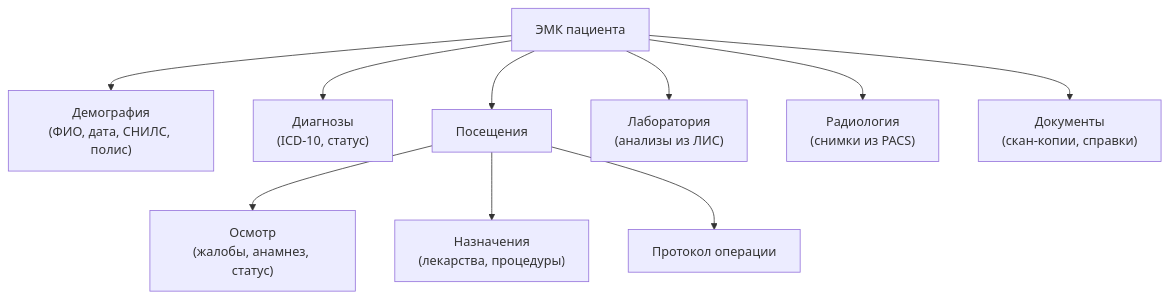
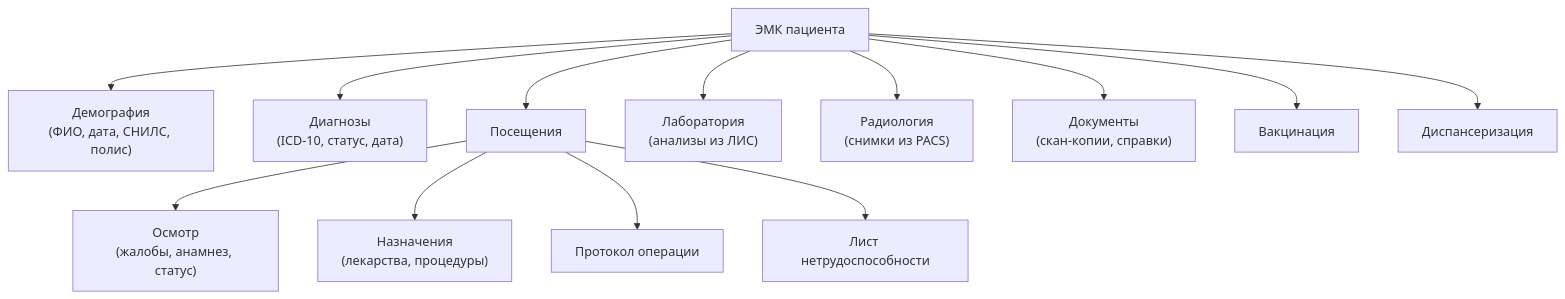
Before and after one commit to sergeyodnoval-bot/sysanalyst-kb.github.io: the first of 3 diagrams in docs/specialization/medtech-emk.md, drawn with Mermaid. The commit also changed other lines of this file and 13 other files, not shown here.

````diff
--- a/docs/specialization/medtech-emk.md
+++ b/docs/specialization/medtech-emk.md
@@ -22,13 +45,16 @@
 ```mermaid
 flowchart TD
     EMR["ЭМК пациента"]
     EMR --> DEMO["Демография<br/>(ФИО, дата, СНИЛС, полис)"]
-    EMR --> DIAG["Диагнозы<br/>(ICD-10, статус)"]
+    EMR --> DIAG["Диагнозы<br/>(ICD-10, статус, дата)"]
     EMR --> VISIT["Посещения"]
     VISIT --> V1["Осмотр<br/>(жалобы, анамнез, статус)"]
     VISIT --> V2["Назначения<br/>(лекарства, процедуры)"]
     VISIT --> V3["Протокол операции"]
+    VISIT --> V4["Лист нетрудоспособности"]
     EMR --> LAB["Лаборатория<br/>(анализы из ЛИС)"]
     EMR --> RAD["Радиология<br/>(снимки из PACS)"]
     EMR --> DOC["Документы<br/>(скан-копии, справки)"]
+    EMR --> VACC["Вакцинация"]
+    EMR --> DISP["Диспансеризация"]
 ```
````
